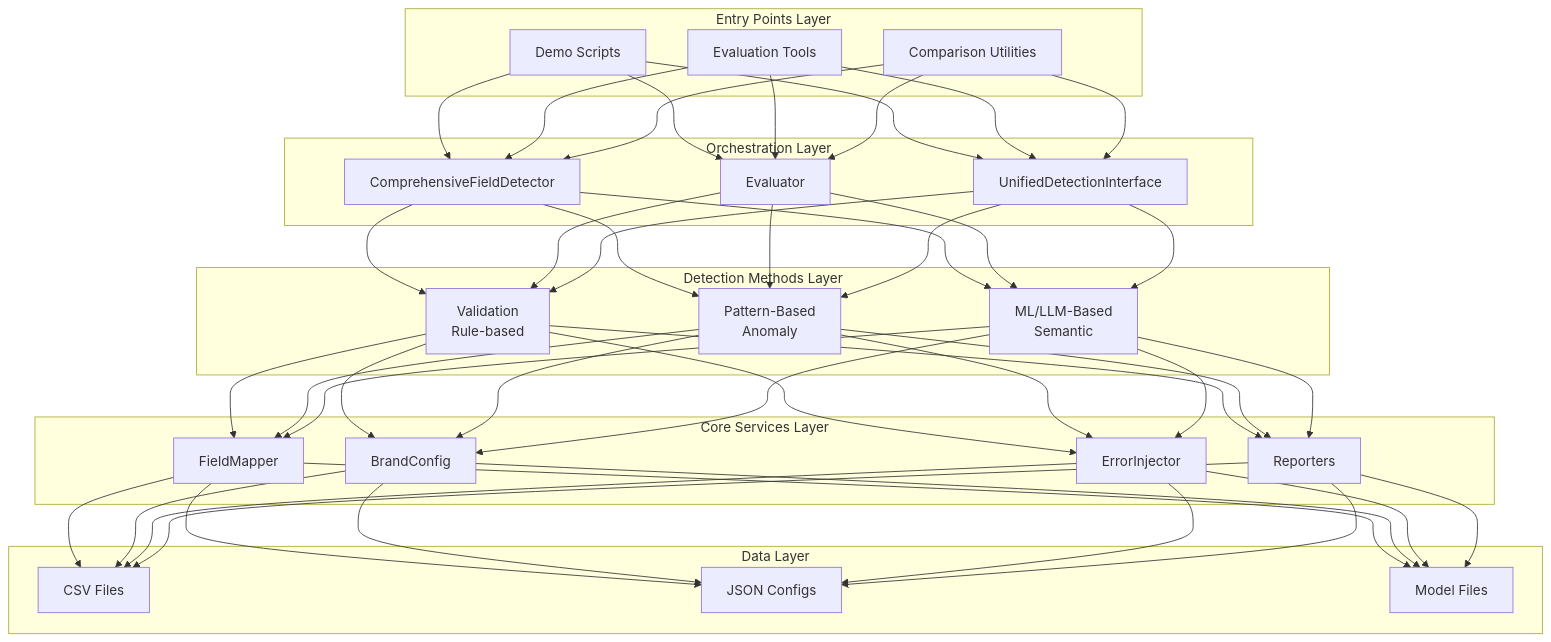
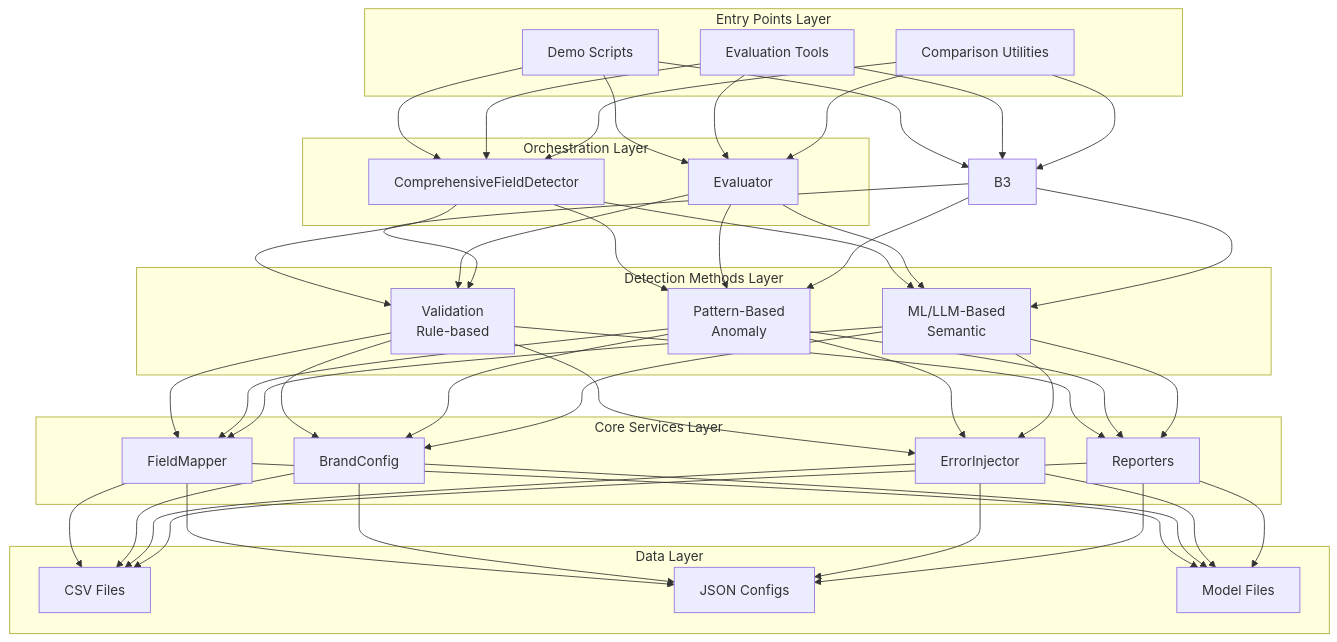
Before and after one commit to xafron-bv/data-quality-monitoring: the diagram in docs/README.md, drawn with Mermaid. The commit also changed 9 other files, not shown here.

````diff
--- a/docs/README.md
+++ b/docs/README.md
@@ -32,38 +32,38 @@
 ```mermaid
 graph TB
     subgraph "Entry Points Layer"
         A1[Demo Scripts]
         A2[Evaluation Tools]
         A3[Comparison Utilities]
     end
     
     subgraph "Orchestration Layer"
         B1[ComprehensiveFieldDetector]
         B2[Evaluator]
-        B3[UnifiedDetectionInterface]
+        
     end
     
     subgraph "Detection Methods Layer"
         C1[Validation<br/>Rule-based]
         C2[Pattern-Based<br/>Anomaly]
         C3[ML/LLM-Based<br/>Semantic]
     end
     
     subgraph "Core Services Layer"
         D1[FieldMapper]
         D2[BrandConfig]
         D3[ErrorInjector]
         D4[Reporters]
     end
     
     subgraph "Data Layer"
         E1[CSV Files]
         E2[JSON Configs]
         E3[Model Files]
     end
     
     A1 & A2 & A3 --> B1 & B2 & B3
     B1 & B2 & B3 --> C1 & C2 & C3
     C1 & C2 & C3 --> D1 & D2 & D3 & D4
     D1 & D2 & D3 & D4 --> E1 & E2 & E3
 ```
````
